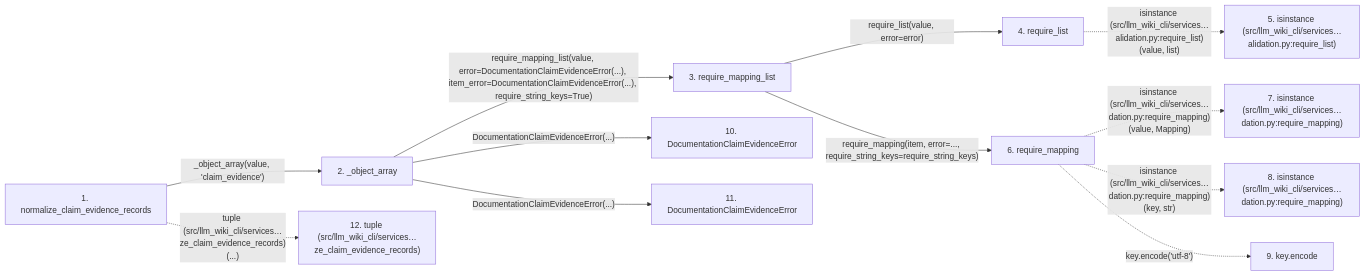
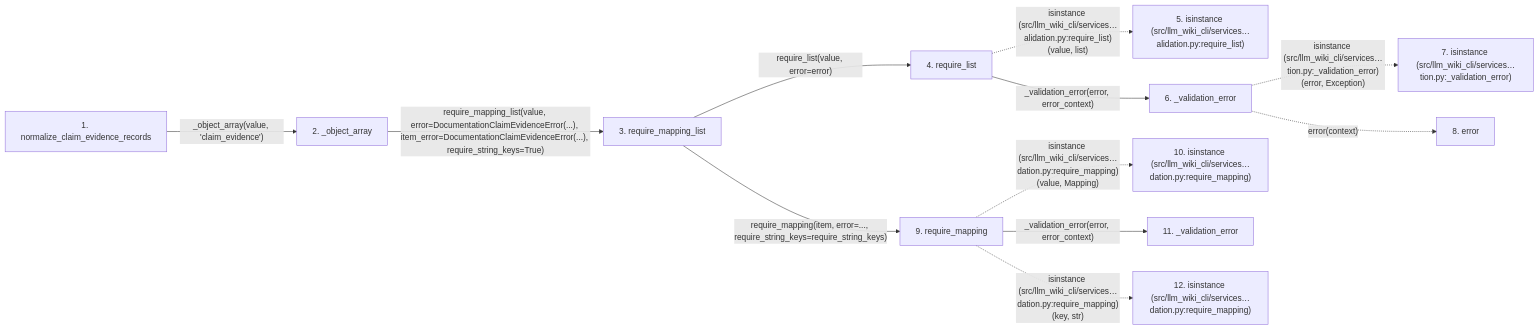
The second of 2 diagrams in docs/llm_wiki/flows/api-normalize_claim_evidence_records.md (Denissvgn/python-wiki-llm), drawn with Mermaid before and after one commit. The commit also changed other lines of this file and 627 other files, not shown here.

````diff
--- a/docs/llm_wiki/flows/api-normalize_claim_evidence_records.md
+++ b/docs/llm_wiki/flows/api-normalize_claim_evidence_records.md
@@ -129,33 +129,33 @@
 ```mermaid
 flowchart LR
     s1["1. normalize_claim_evidence_records"]
     s2["2. _object_array"]
     s3["3. require_mapping_list"]
     s4["4. require_list"]
     s5["5. isinstance (src/llm_wiki_cli/services…alidation.py:require_list)"]
-    s6["6. require_mapping"]
-    s7["7. isinstance (src/llm_wiki_cli/services…dation.py:require_mapping)"]
-    s8["8. isinstance (src/llm_wiki_cli/services…dation.py:require_mapping)"]
-    s9["9. key.encode"]
-    s10["10. DocumentationClaimEvidenceError"]
-    s11["11. DocumentationClaimEvidenceError"]
-    s12["12. tuple (src/llm_wiki_cli/services…ze_claim_evidence_records)"]
+    s6["6. _validation_error"]
+    s7["7. isinstance (src/llm_wiki_cli/services…tion.py:_validation_error)"]
+    s8["8. error"]
+    s9["9. require_mapping"]
+    s10["10. isinstance (src/llm_wiki_cli/services…dation.py:require_mapping)"]
+    s11["11. _validation_error"]
+    s12["12. isinstance (src/llm_wiki_cli/services…dation.py:require_mapping)"]
     s1 -->|"_object_array(value, 'claim_evidence')"| s2
     s2 -->|"require_mapping_list(value, error=DocumentationClaimEvidenceError(...), item_error=DocumentationClaimEvidenceError(...), require_string_keys=True)"| s3
     s3 -->|"require_list(value, error=error)"| s4
     s4 -. "isinstance (src/llm_wiki_cli/services…alidation.py:require_list)(value, list)" .-> s5
-    s3 -->|"require_mapping(item, error=..., require_string_keys=require_string_keys)"| s6
-    s6 -. "isinstance (src/llm_wiki_cli/services…dation.py:require_mapping)(value, Mapping)" .-> s7
-    s6 -. "isinstance (src/llm_wiki_cli/services…dation.py:require_mapping)(key, str)" .-> s8
-    s6 -. "key.encode('utf-8')" .-> s9
-    s2 -->|"DocumentationClaimEvidenceError(...)"| s10
-    s2 -->|"DocumentationClaimEvidenceError(...)"| s11
-    s1 -. "tuple (src/llm_wiki_cli/services…ze_claim_evidence_records)(...)" .-> s12
+    s4 -->|"_validation_error(error, error_context)"| s6
+    s6 -. "isinstance (src/llm_wiki_cli/services…tion.py:_validation_error)(error, Exception)" .-> s7
+    s6 -. "error(context)" .-> s8
+    s3 -->|"require_mapping(item, error=..., require_string_keys=require_string_keys)"| s9
+    s9 -. "isinstance (src/llm_wiki_cli/services…dation.py:require_mapping)(value, Mapping)" .-> s10
+    s9 -->|"_validation_error(error, error_context)"| s11
+    s9 -. "isinstance (src/llm_wiki_cli/services…dation.py:require_mapping)(key, str)" .-> s12
     click s1 "../modules/documentation_claim_evidence.md"
     click s2 "../modules/documentation_claim_evidence.md"
     click s3 "../modules/validation.md"
     click s4 "../modules/validation.md"
     click s6 "../modules/validation.md"
-    click s10 "../modules/documentation_claim_evidence.md"
-    click s11 "../modules/documentation_claim_evidence.md"
+    click s9 "../modules/validation.md"
+    click s11 "../modules/validation.md"
 ```
````
